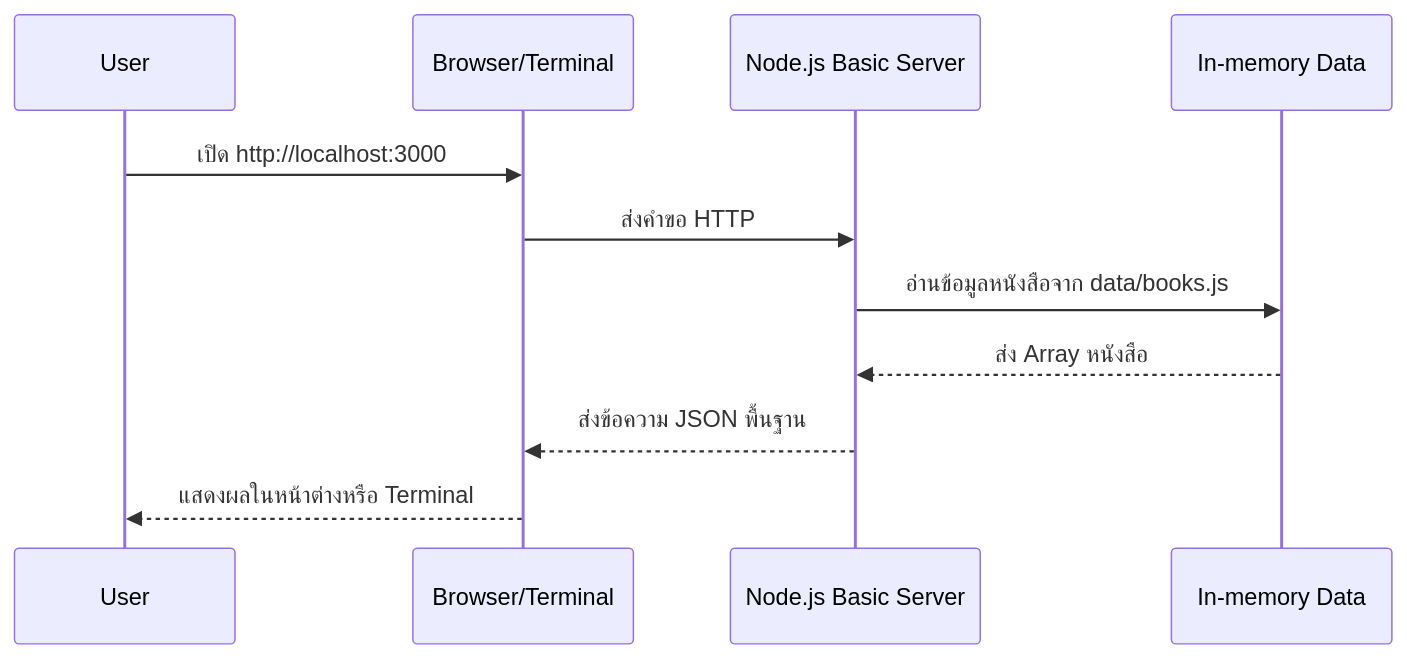
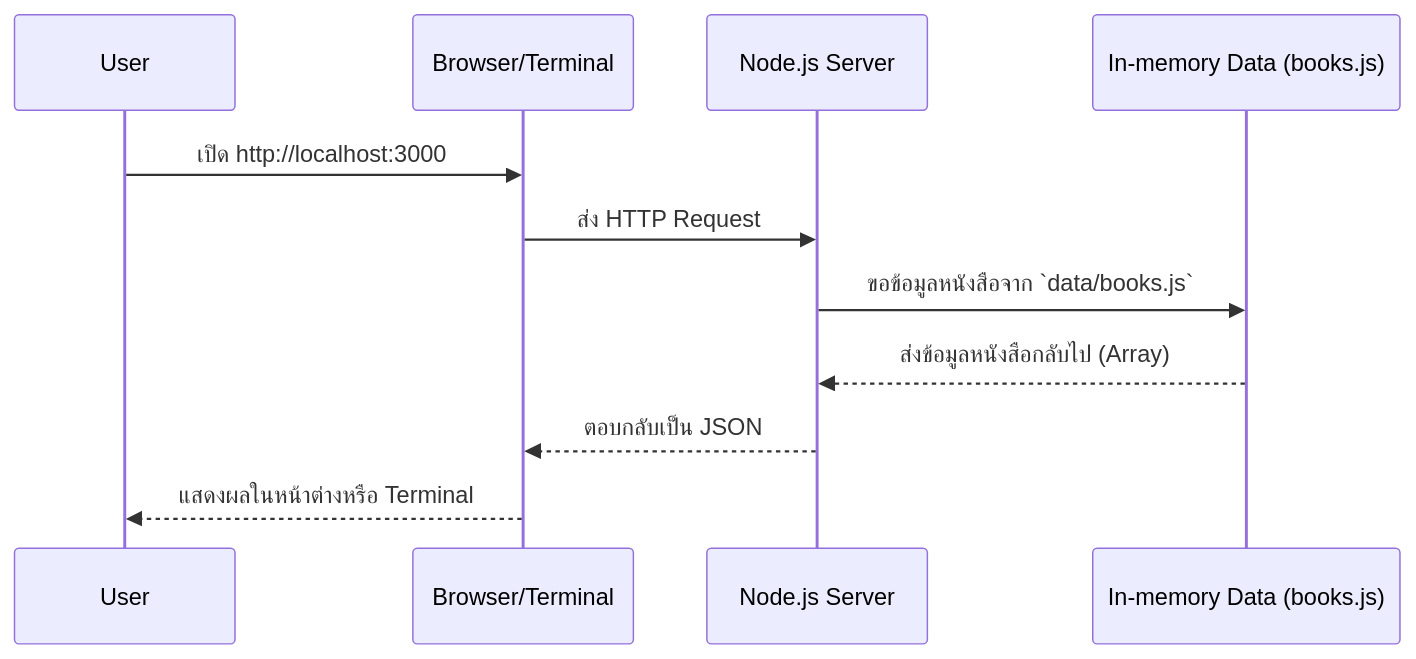
One commit to kkpanuwat/node-zero-to-deploy changed the diagram in prompts/prompt-2-day2-nodejs-project-structure.md. Above: the diagram before and after it, drawn with Mermaid. The commit also changed other lines of this file and 6 other files, not shown here.

````diff
--- a/prompts/prompt-2-day2-nodejs-project-structure.md
+++ b/prompts/prompt-2-day2-nodejs-project-structure.md
@@ -36,14 +35,14 @@
 ```mermaid
 sequenceDiagram
   participant User
   participant Browser as Browser/Terminal
-  participant Server as Node.js Basic Server
-  participant Memory as In-memory Data
+  participant Server as Node.js Server
+  participant Memory as In-memory Data (books.js)
 
   User->>Browser: เปิด http://localhost:3000
-  Browser->>Server: ส่งคำขอ HTTP
-  Server->>Memory: อ่านข้อมูลหนังสือจาก data/books.js
-  Memory-->>Server: ส่ง Array หนังสือ
-  Server-->>Browser: ส่งข้อความ JSON พื้นฐาน
+  Browser->>Server: ส่ง HTTP Request
+  Server->>Memory: ขอข้อมูลหนังสือจาก `data/books.js`
+  Memory-->>Server: ส่งข้อมูลหนังสือกลับไป (Array)
+  Server-->>Browser: ตอบกลับเป็น JSON
   Browser-->>User: แสดงผลในหน้าต่างหรือ Terminal
 ```
````
